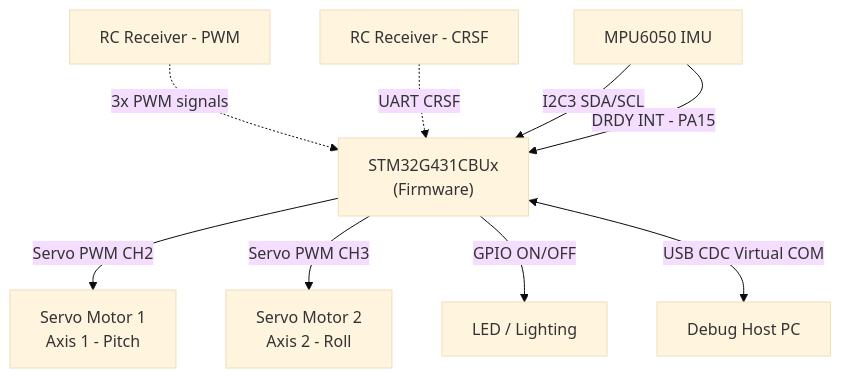
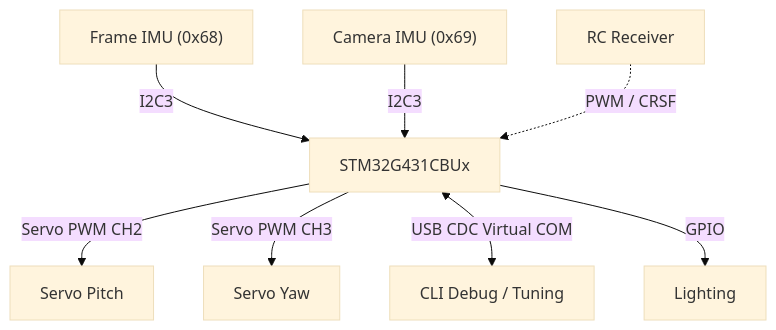
One commit to QT3112/STM32G4_Lighting changed the first of 3 diagrams in docs/firmware_architecture.md. Above: the diagram before and after it, drawn with Mermaid (base theme). The commit also changed other lines of this file and 12 other files, not shown here.

````diff
--- a/docs/firmware_architecture.md
+++ b/docs/firmware_architecture.md
@@ -43,11 +31,10 @@
 ```mermaid
 graph TD
-    RC_PWM[RC Receiver - PWM] -.->|3x PWM signals| STM["STM32G431CBUx\n(Firmware)"]
-    RC_CRSF[RC Receiver - CRSF] -.->|UART CRSF| STM
-    MPU["MPU6050 IMU"] -->|I2C3 SDA/SCL| STM
-    MPU -->|DRDY INT - PA15| STM
-    STM -->|Servo PWM CH2| S1[Servo Motor 1\nAxis 1 - Pitch]
-    STM -->|Servo PWM CH3| S2[Servo Motor 2\nAxis 2 - Roll]
-    STM -->|GPIO ON/OFF| LED[LED / Lighting]
-    STM <-->|USB CDC Virtual COM| PC[Debug Host PC]
+    IMU1["Frame IMU (0x68)"] -->|I2C3| STM["STM32G431CBUx"]
+    IMU2["Camera IMU (0x69)"] -->|I2C3| STM
+    RC_PWM[RC Receiver] -.->|PWM / CRSF| STM
+    STM -->|Servo PWM CH2| S1[Servo Pitch]
+    STM -->|Servo PWM CH3| S2[Servo Yaw]
+    STM <-->|USB CDC Virtual COM| PC[CLI Debug / Tuning]
+    STM -->|GPIO| LED[Lighting]
 ```
````
